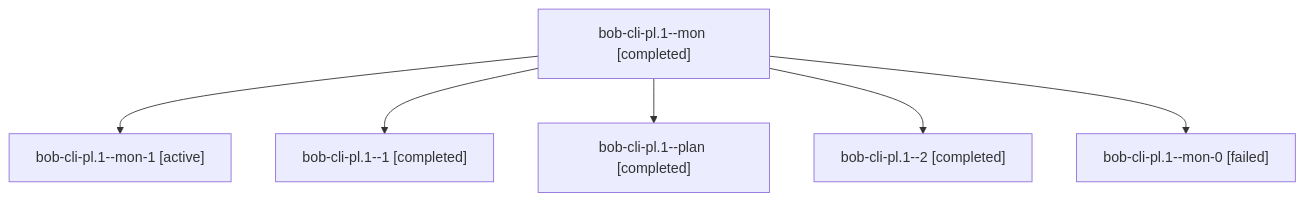
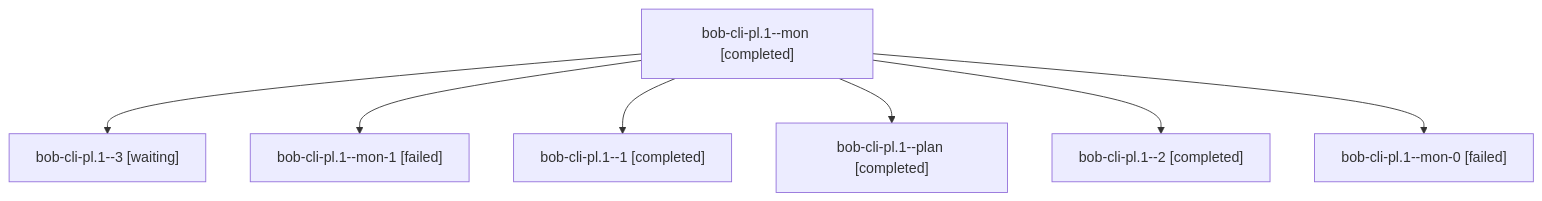
The diagram in sessions/bbugyi200.apollo.bob-cli-pl.1.md (bobs-org/bob-cli--agents), drawn with Mermaid before and after one commit. The commit also changed other lines of this file and 54 other files, not shown here.

````diff
--- a/sessions/bbugyi200.apollo.bob-cli-pl.1.md
+++ b/sessions/bbugyi200.apollo.bob-cli-pl.1.md
@@ -9,14 +9,16 @@
 ```mermaid
 flowchart TD
   n0["bob-cli-pl.1--mon [completed]"]
-  n1["bob-cli-pl.1--mon-1 [active]"]
+  n1["bob-cli-pl.1--3 [waiting]"]
   n0 --> n1
-  n2["bob-cli-pl.1--1 [completed]"]
+  n2["bob-cli-pl.1--mon-1 [failed]"]
   n0 --> n2
-  n3["bob-cli-pl.1--plan [completed]"]
+  n3["bob-cli-pl.1--1 [completed]"]
   n0 --> n3
-  n4["bob-cli-pl.1--2 [completed]"]
+  n4["bob-cli-pl.1--plan [completed]"]
   n0 --> n4
-  n5["bob-cli-pl.1--mon-0 [failed]"]
+  n5["bob-cli-pl.1--2 [completed]"]
   n0 --> n5
+  n6["bob-cli-pl.1--mon-0 [failed]"]
+  n0 --> n6
 ```
````
